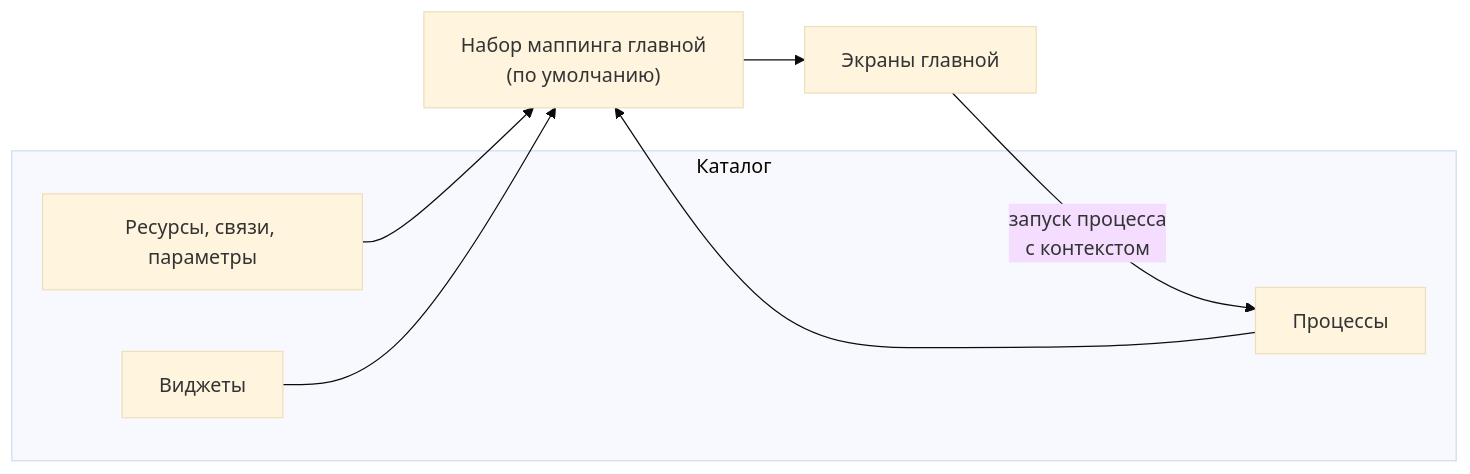
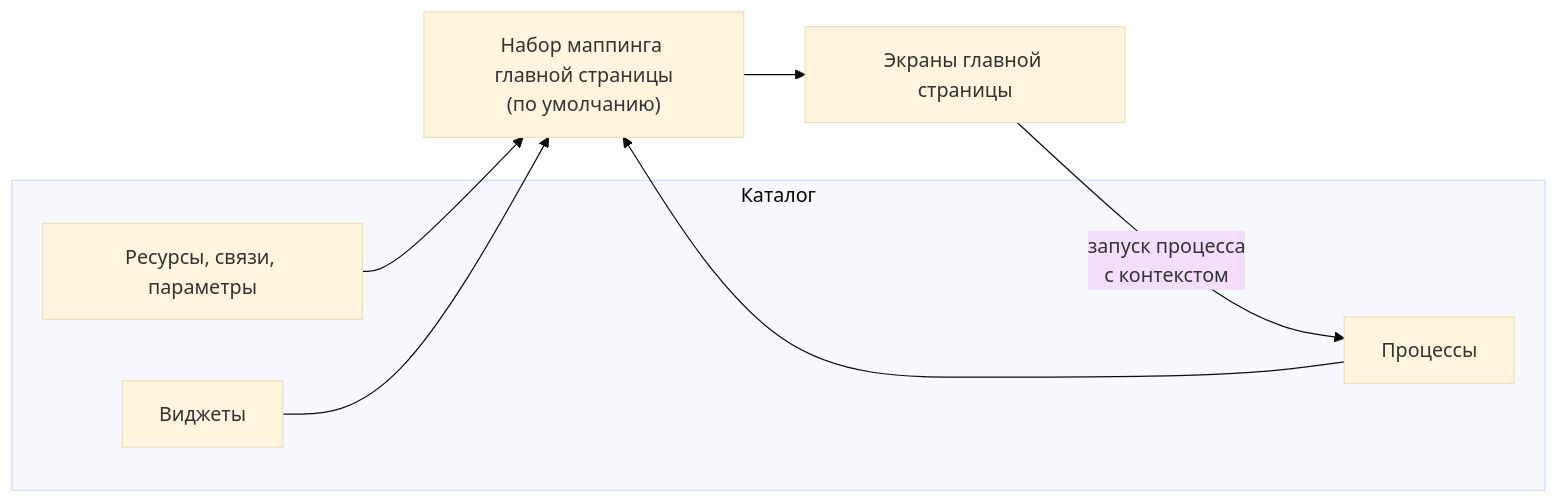
Before and after one commit to deckhouse/website-development-platform: the diagram in content/documentation/admin/home/overview.ru.md, drawn with Mermaid (base theme). The commit also changed other lines of this file and 348 other files, not shown here.

````diff
--- a/content/documentation/admin/home/overview.ru.md
+++ b/content/documentation/admin/home/overview.ru.md
@@ -33,15 +35,15 @@
 ```mermaid
 flowchart LR
   subgraph Catalog["Каталог"]
     R["Ресурсы, связи, параметры"]
     P["Процессы"]
     W["Виджеты"]
   end
-  M["Набор маппинга главной<br/>(по умолчанию)"]
-  H["Экраны главной"]
+  M["Набор маппинга главной страницы<br/>(по умолчанию)"]
+  H["Экраны главной страницы"]
   R --> M
   P --> M
   W --> M
   M --> H
   H -- "запуск процесса<br/>с контекстом" --> P
 ```
````
